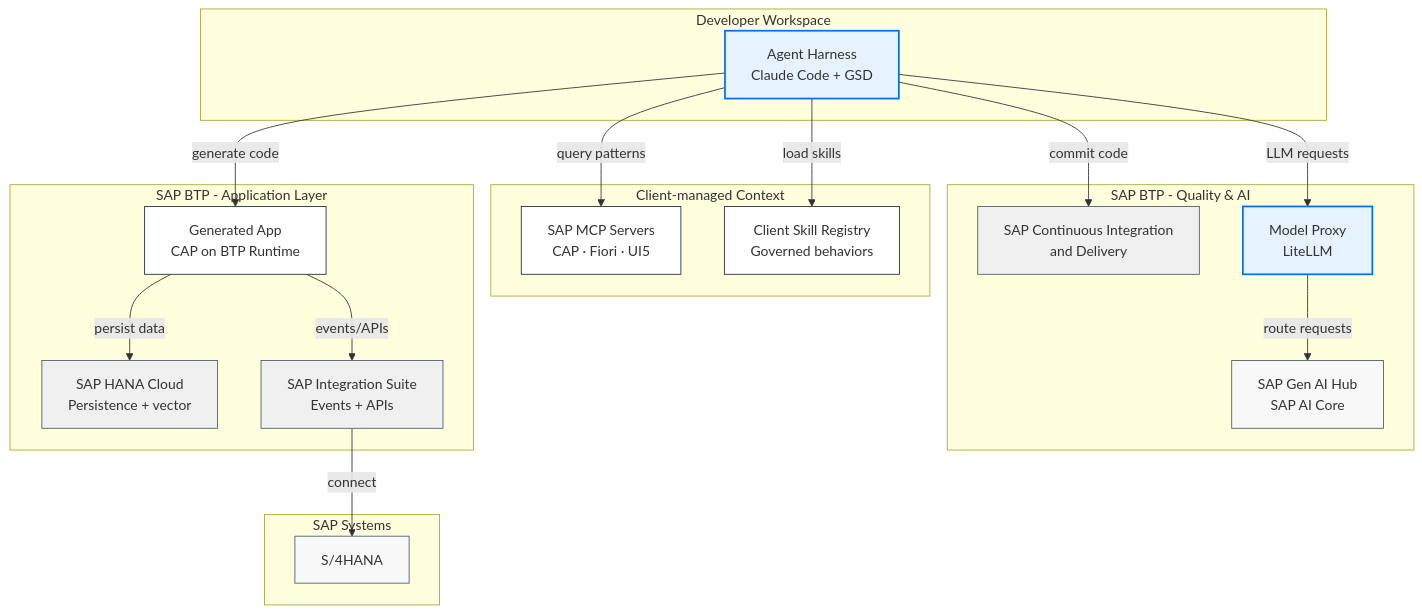
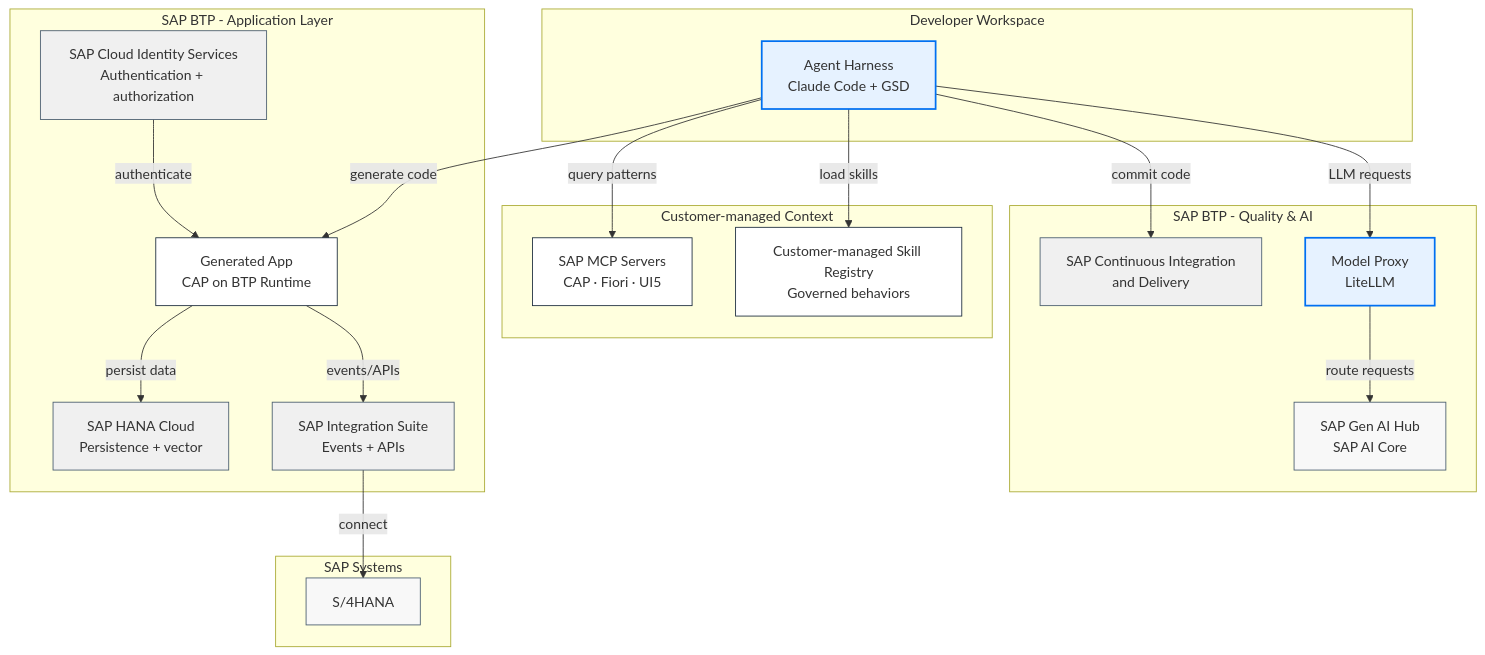
One commit to SAP/architecture-center changed the diagram in docs/ref-arch/RA0030/readme.md. Above: the diagram before and after it, drawn with Mermaid. The commit also changed other lines of this file, not shown here.

First line of the commit message:
docs(RA0030): refine terminology and add SAP Cloud Identity Services

````diff
--- a/docs/ref-arch/RA0030/readme.md
+++ b/docs/ref-arch/RA0030/readme.md
@@ -56,51 +56,54 @@
 ```mermaid
 graph TB
     subgraph "Developer Workspace"
         AH[Agent Harness<br/>Claude Code + GSD]
     end
     
-    subgraph "Client-managed Context"
+    subgraph "Customer-managed Context"
         MCP[SAP MCP Servers<br/>CAP · Fiori · UI5]
-        SR[Client Skill Registry<br/>Governed behaviors]
+        SR[Customer-managed Skill Registry<br/>Governed behaviors]
     end
     
     subgraph "SAP BTP - Quality & AI"
         QP[SAP Continuous Integration<br/>and Delivery]
         MP[Model Proxy<br/>LiteLLM]
         GAH[SAP Gen AI Hub<br/>SAP AI Core]
     end
     
     subgraph "SAP BTP - Application Layer"
+        IAS[SAP Cloud Identity Services<br/>Authentication + authorization]
         APP[Generated App<br/>CAP on BTP Runtime]
         HANA[SAP HANA Cloud<br/>Persistence + vector]
         IS[SAP Integration Suite<br/>Events + APIs]
     end
     
     subgraph "SAP Systems"
         S4[S/4HANA]
     end
     
     AH -->|query patterns| MCP
     AH -->|load skills| SR
     AH -->|commit code| QP
     AH -->|LLM requests| MP
     AH -->|generate code| APP
     
     MP -->|route requests| GAH
     
+    IAS -->|authenticate| APP
     APP -->|persist data| HANA
     APP -->|events/APIs| IS
     
     IS -->|connect| S4
     
     style AH fill:#e6f2ff,stroke:#0070f2,stroke-width:2px
     style MP fill:#e6f2ff,stroke:#0070f2,stroke-width:2px
     style APP fill:#fff,stroke:#1d2d3e,stroke-width:1px
     style MCP fill:#fff,stroke:#1d2d3e,stroke-width:1px
     style SR fill:#fff,stroke:#1d2d3e,stroke-width:1px
     style QP fill:#f0f0f0,stroke:#4a5d6f,stroke-width:1px
     style GAH fill:#f8f8f8,stroke:#4a5d6f,stroke-width:1px
     style S4 fill:#f8f8f8,stroke:#4a5d6f,stroke-width:1px
     style HANA fill:#f0f0f0,stroke:#4a5d6f,stroke-width:1px
     style IS fill:#f0f0f0,stroke:#4a5d6f,stroke-width:1px
+    style IAS fill:#f0f0f0,stroke:#4a5d6f,stroke-width:1px
 ```
````
